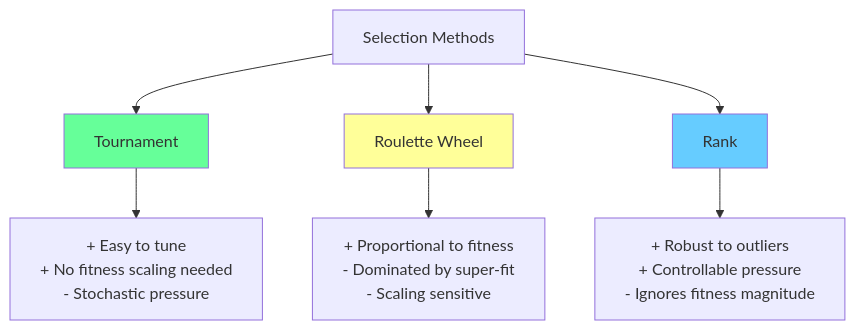
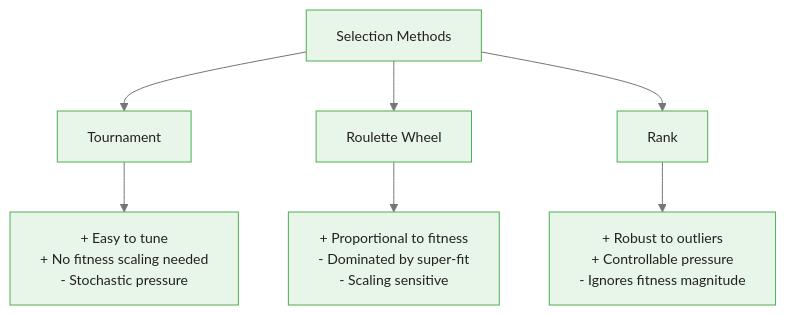
The second of 4 diagrams in courses/genetic-algorithms-feature-selection/modules/module_00_foundations/guides/02_evolutionary_operators_slides.md (m-deane/course-creator), drawn with Mermaid before and after one commit. The commit also changed other lines of this file and 52 other files, not shown here.

````diff
--- a/courses/genetic-algorithms-feature-selection/modules/module_00_foundations/guides/02_evolutionary_operators_slides.md
+++ b/courses/genetic-algorithms-feature-selection/modules/module_00_foundations/guides/02_evolutionary_operators_slides.md
@@ -114,12 +154,10 @@
 ```mermaid
+%%{init: {"theme": "base", "themeVariables": {"primaryColor": "#e8f5e9", "primaryBorderColor": "#4caf50", "primaryTextColor": "#212121", "secondaryColor": "#e3f2fd", "tertiaryColor": "#fff8e1", "lineColor": "#757575", "fontFamily": "Inter, sans-serif", "fontSize": "14px"}}}%%
 graph TD
     A[Selection Methods] --> B[Tournament]
     A --> C[Roulette Wheel]
     A --> D[Rank]
     B --> B1["+ Easy to tune<br/>+ No fitness scaling needed<br/>- Stochastic pressure"]
     C --> C1["+ Proportional to fitness<br/>- Dominated by super-fit<br/>- Scaling sensitive"]
     D --> D1["+ Robust to outliers<br/>+ Controllable pressure<br/>- Ignores fitness magnitude"]
-    style B fill:#6f9
-    style C fill:#ff9
-    style D fill:#6cf
 ```
````
